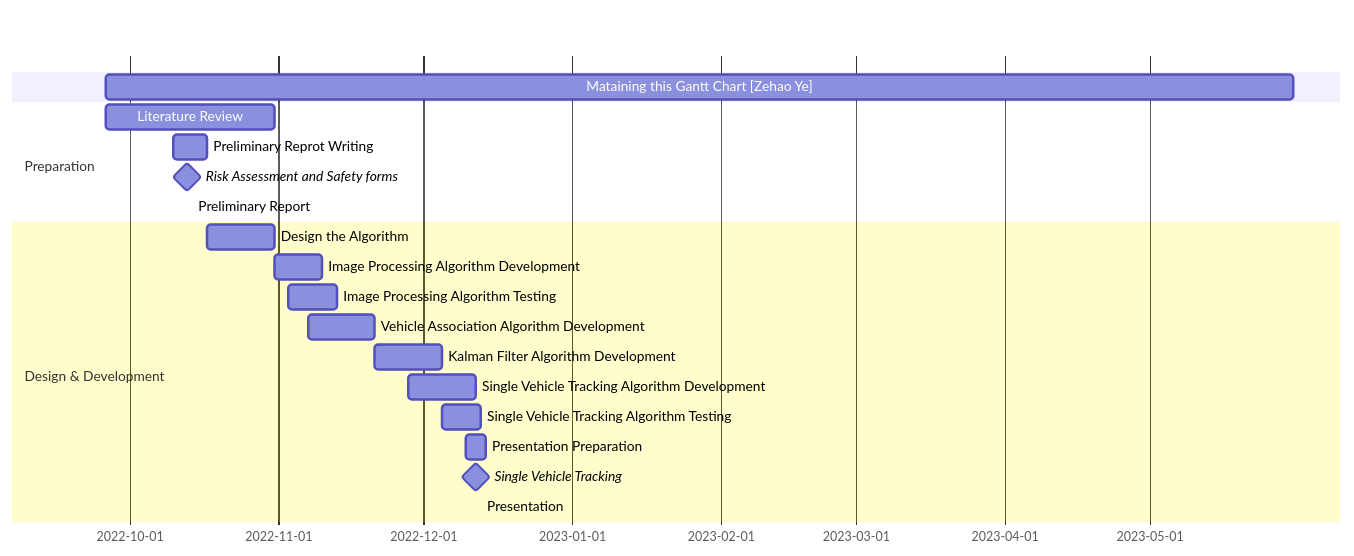
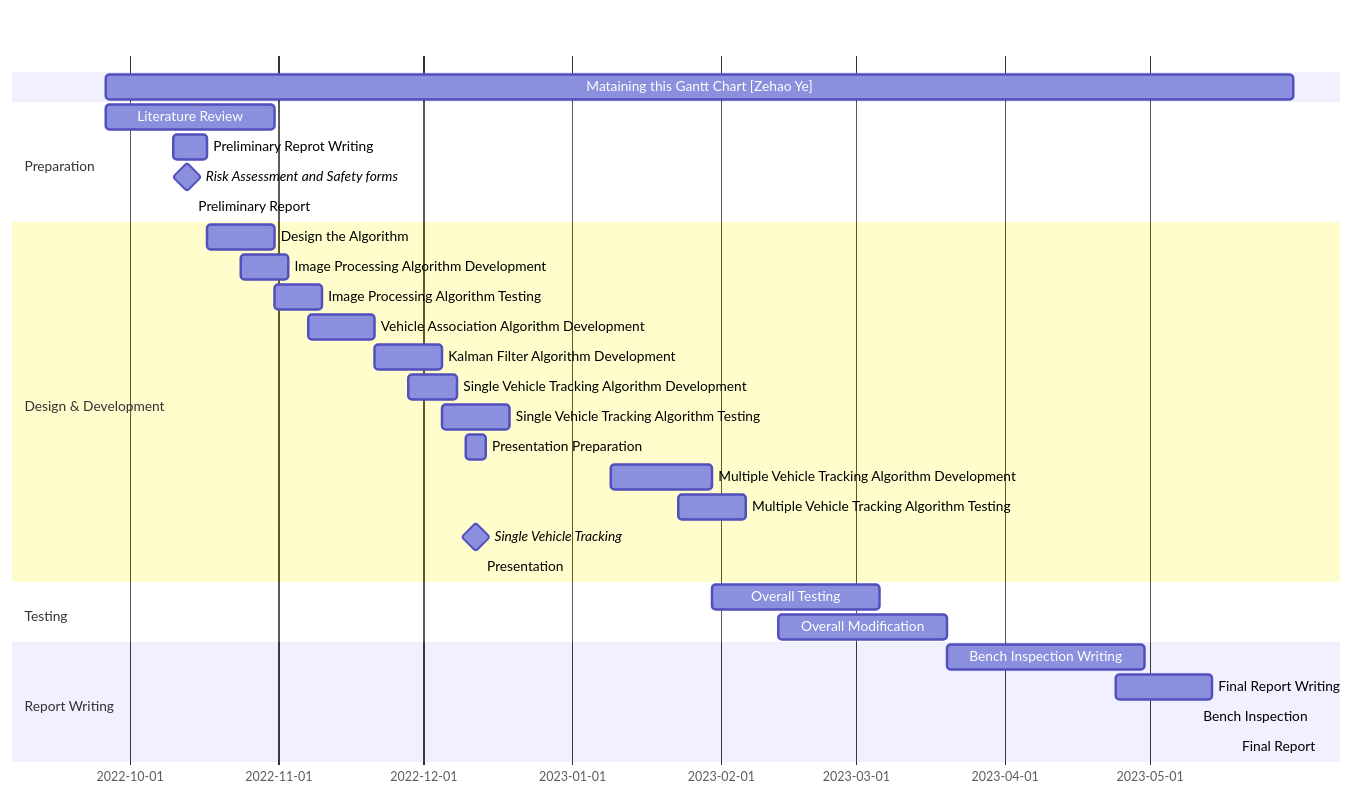
One commit to yezehao/final-year-project changed the diagram in README.md. Above: the diagram before and after it, drawn with Mermaid.

Commit message:
modify the Gannt Chart

````diff
--- a/README.md
+++ b/README.md
@@ -18,26 +18,37 @@
 ```mermaid
 gantt
     dateFormat  YYYY-MM-DD
 
     Mataining this Gantt Chart [Zehao Ye] : 2022-09-26, 2023-05-31
 
     section Preparation
     Literature Review : prepare, 2022-09-26, 35d
     Preliminary Reprot Writing : reprot writing, 2022-10-10, 7d
     Risk Assessment and Safety forms : milestone, 2022-10-13, 0d
     Preliminary Report : crit, after report writing, 2022-10-14
 
     section Design & Development
     Design the Algorithm : design, 2022-10-17, 14d
-    Image Processing Algorithm Development : 2022-10-31, 10d
-    Image Processing Algorithm Testing : 2022-11-3, 10d
+    Image Processing Algorithm Development : 2022-10-24, 10d
+    Image Processing Algorithm Testing : 2022-10-31, 10d
     Vehicle Association Algorithm Development : 2022-11-7, 14d
     Kalman Filter Algorithm Development : 2022-11-21, 14d
-    Single Vehicle Tracking Algorithm Development : 2022-11-28, 14d
-    Single Vehicle Tracking Algorithm Testing : 2022-12-5, 8d    
+    Single Vehicle Tracking Algorithm Development : 2022-11-28, 10d
+    Single Vehicle Tracking Algorithm Testing : 2022-12-5, 14d
     Presentation Preparation : 2022-12-10, 4d
+    Multiple Vehicle Tracking Algorithm Development: 2023-01-09, 21d
+    Multiple Vehicle Tracking Algorithm Testing: 2023-01-23, 14d
     Single Vehicle Tracking : milestone, 2022-12-12, 0d
     Presentation : crit, 2022-12-13, 2022-12-13
 
     section Testing
+    Overall Testing: 2023-01-30, 35d
+    Overall Modification : 2023-02-13, 35d
+
+    section Report Writing
+    Bench Inspection Writing : 2023-03-20, 2023-04-30
+    Final Report Writing : 2023-04-24, 2023-05-14
+    Bench Inspection : crit, 2023-05-11, 2023-05-11    
+    Final Report : crit, 2023-05-19, 2023-05-19
+
 ```
````
